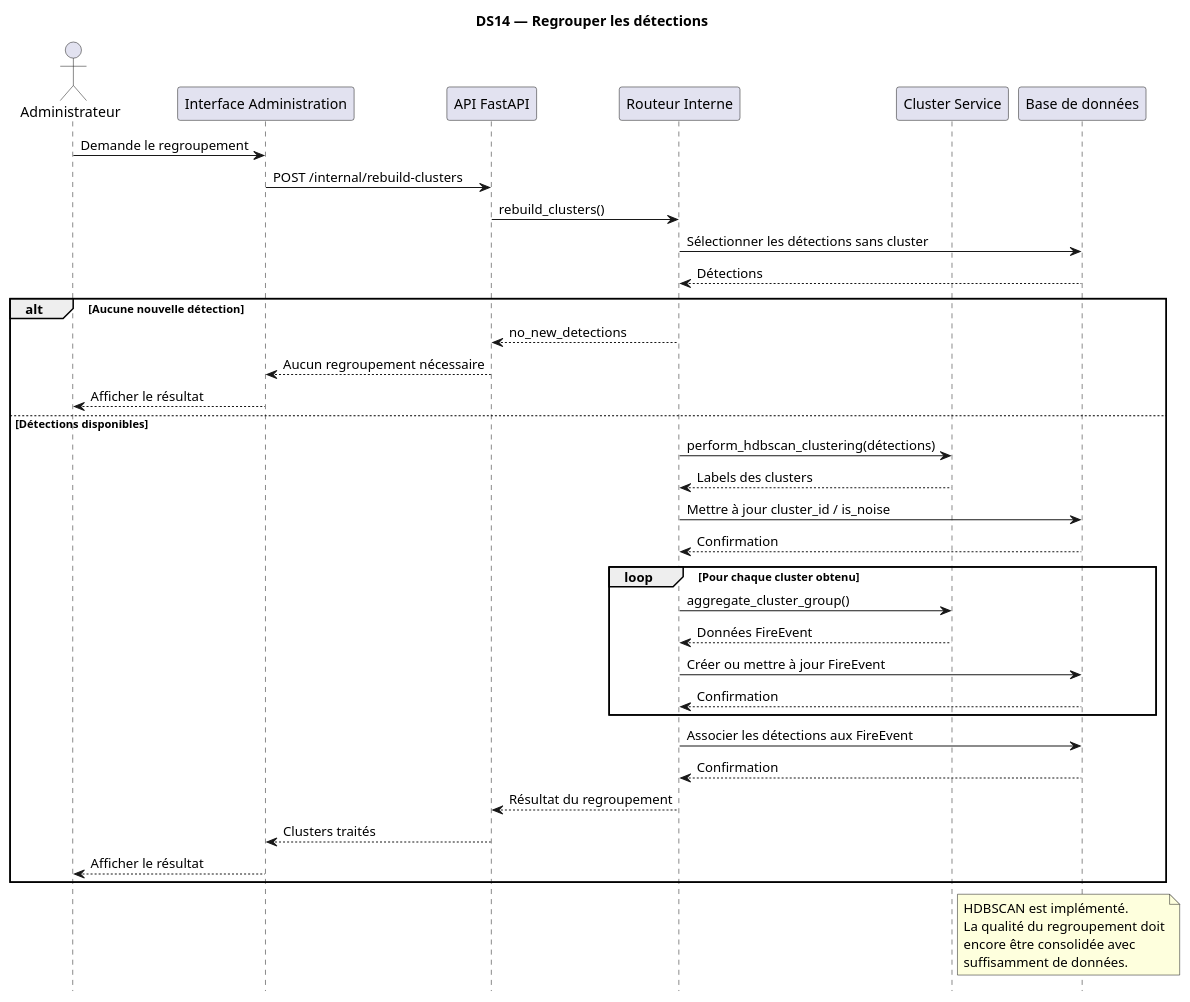
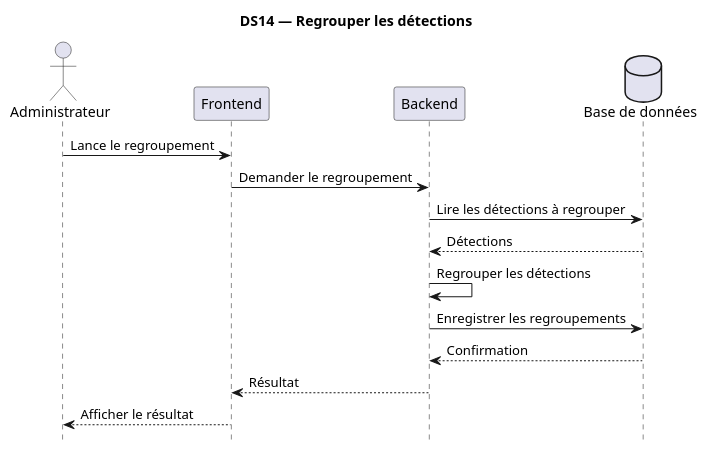
One commit to TkAbeleon/NoteAcemiqueProjetSoutenanceL3 changed the diagram in UML_JeryMotro/DS14_Regrouper_detections.plantuml. Above: the diagram before and after it, drawn with PlantUML.

Commit message:
Alléger DS14 avec le traitement de regroupement

```diff
--- a/UML_JeryMotro/DS14_Regrouper_detections.plantuml
+++ b/UML_JeryMotro/DS14_Regrouper_detections.plantuml
@@ -1,51 +1,22 @@
 @startuml
 
 title DS14 — Regrouper les détections
 hide footbox
 skinparam shadowing false
 
 actor "Administrateur" as A
-participant "Interface Administration" as I
-participant "API FastAPI" as API
-participant "Routeur Interne" as R
-participant "Cluster Service" as C
-participant "Base de données" as DB
+participant "Frontend" as F
+participant "Backend" as B
+database "Base de données" as DB
 
-A -> I : Demande le regroupement
-I -> API : POST /internal/rebuild-clusters
-API -> R : rebuild_clusters()
-R -> DB : Sélectionner les détections sans cluster
-DB --> R : Détections
-
-alt Aucune nouvelle détection
-    R --> API : no_new_detections
-    API --> I : Aucun regroupement nécessaire
-    I --> A : Afficher le résultat
-else Détections disponibles
-    R -> C : perform_hdbscan_clustering(détections)
-    C --> R : Labels des clusters
-    R -> DB : Mettre à jour cluster_id / is_noise
-    DB --> R : Confirmation
-
-    loop Pour chaque cluster obtenu
-        R -> C : aggregate_cluster_group()
-        C --> R : Données FireEvent
-        R -> DB : Créer ou mettre à jour FireEvent
-        DB --> R : Confirmation
-    end
-
-    R -> DB : Associer les détections aux FireEvent
-    DB --> R : Confirmation
-    R --> API : Résultat du regroupement
-    API --> I : Clusters traités
-    I --> A : Afficher le résultat
-end
-
-note right of C
-HDBSCAN est implémenté.
-La qualité du regroupement doit
-encore être consolidée avec
-suffisamment de données.
-end note
+A -> F : Lance le regroupement
+F -> B : Demander le regroupement
+B -> DB : Lire les détections à regrouper
+DB --> B : Détections
+B -> B : Regrouper les détections
+B -> DB : Enregistrer les regroupements
+DB --> B : Confirmation
+B --> F : Résultat
+F --> A : Afficher le résultat
 
 @enduml
```
